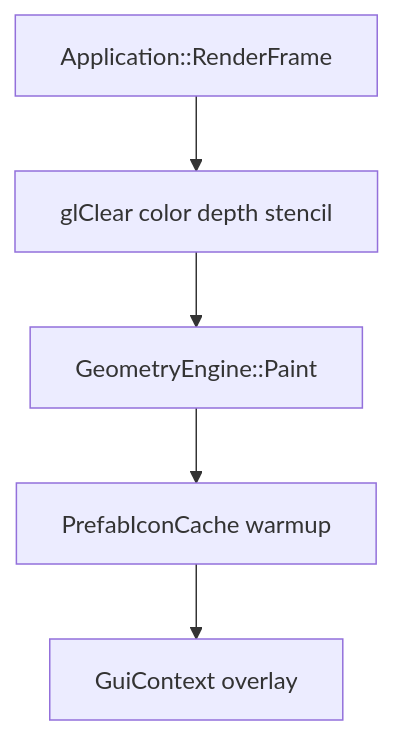
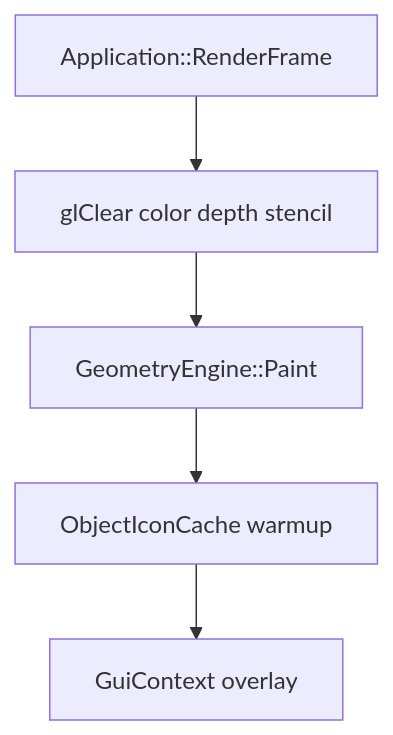
The diagram in src/Render/Pipeline/README.md (Alexab/Cubatarium), drawn with Mermaid before and after one commit. The commit also changed other lines of this file and 223 other files, not shown here.

````diff
--- a/src/Render/Pipeline/README.md
+++ b/src/Render/Pipeline/README.md
@@ -7,9 +7,9 @@
 ```mermaid
 flowchart TD
   App[Application::RenderFrame]
   Clear[glClear color depth stencil]
   Paint[GeometryEngine::Paint]
-  Icons[PrefabIconCache warmup]
+  Icons[ObjectIconCache warmup]
   GUI[GuiContext overlay]
   App --> Clear --> Paint --> Icons --> GUI
 ```
````
